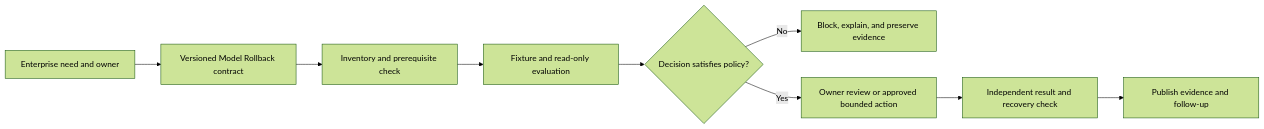
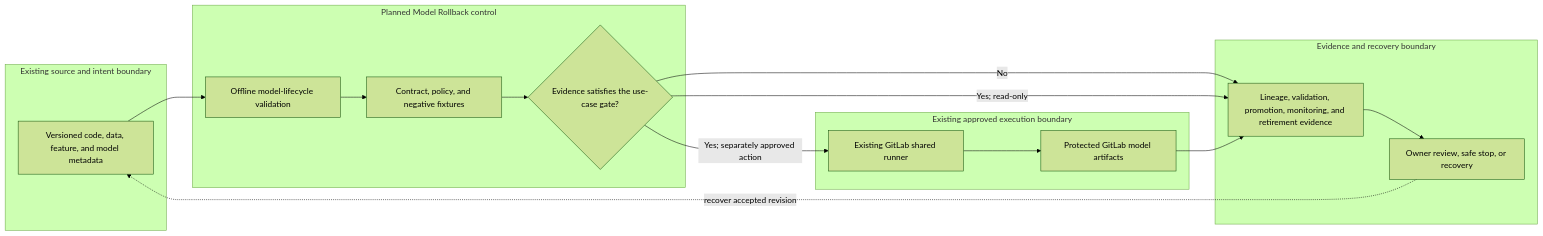
Before and after one commit to MIDHTECH/enterprise-architecture-docs: the diagram in docs/use-cases/mlops/UC-MLOPS-011-model-rollback.md, drawn with Mermaid (forest theme). The commit also changed other lines of this file and 227 other files, not shown here.

Commit message:
Deepen architecture for all use case designs

````diff
--- a/docs/use-cases/mlops/UC-MLOPS-011-model-rollback.md
+++ b/docs/use-cases/mlops/UC-MLOPS-011-model-rollback.md
@@ -136,11 +129,25 @@
 ```mermaid
 flowchart LR
-    Need["Enterprise need and owner"] --> Contract["Versioned Model Rollback contract"]
-    Contract --> Preflight["Inventory and prerequisite check"]
-    Preflight --> Evaluate["Fixture and read-only evaluation"]
-    Evaluate --> Decision{"Decision satisfies policy?"}
-    Decision -->|No| Stop["Block, explain, and preserve evidence"]
-    Decision -->|Yes| Review["Owner review or approved bounded action"]
-    Review --> Verify["Independent result and recovery check"]
-    Verify --> Publish["Publish evidence and follow-up"]
+    subgraph Source["Existing source and intent boundary"]
+        A["Versioned code, data, feature, and model metadata"]
+    end
+    subgraph Planned["Planned Model Rollback control"]
+        B["Offline model-lifecycle validation"]
+        C["Contract, policy, and negative fixtures"]
+        D{"Evidence satisfies the use-case gate?"}
+    end
+    subgraph Runtime["Existing approved execution boundary"]
+        E["Existing GitLab shared runner"]
+        F["Protected GitLab model artifacts"]
+    end
+    subgraph Assurance["Evidence and recovery boundary"]
+        G["Lineage, validation, promotion, monitoring, and retirement evidence"]
+        H["Owner review, safe stop, or recovery"]
+    end
+
+    A --> B --> C --> D
+    D -->|No| G --> H
+    D -->|Yes; read-only| G
+    D -->|Yes; separately approved action| E --> F --> G
+    H -. recover accepted revision .-> A
 ```
````
